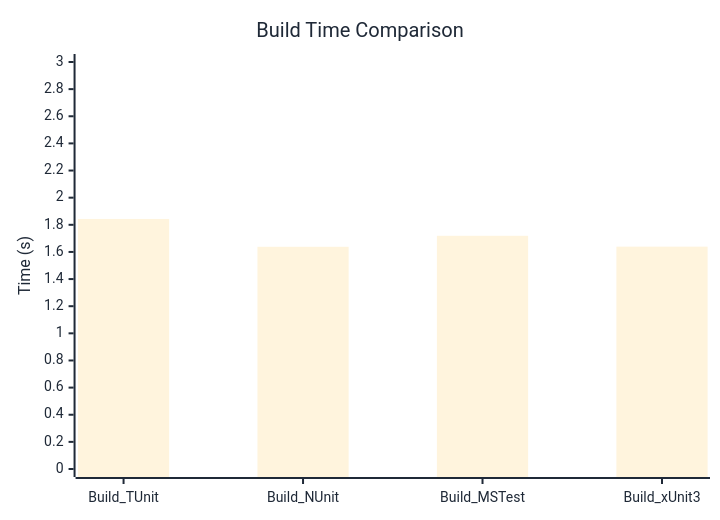
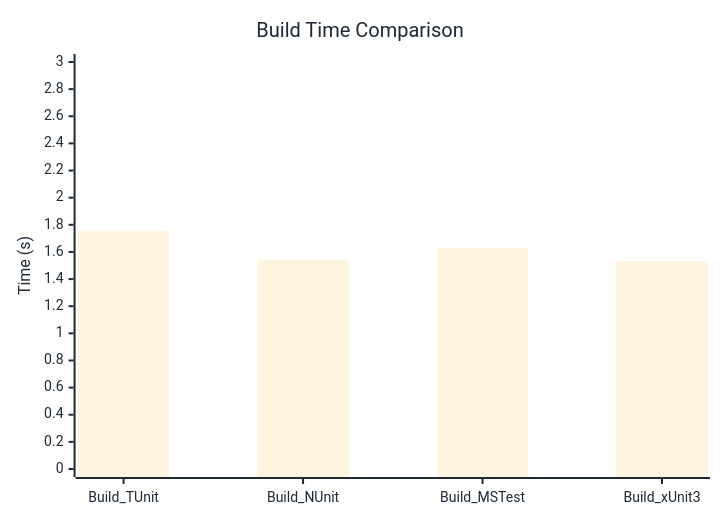
Before and after one commit to thomhurst/TUnit: the diagram in docs/docs/benchmarks/BuildTime.md, drawn with Mermaid. The commit also changed other lines of this file and 17 other files, not shown here.

````diff
--- a/docs/docs/benchmarks/BuildTime.md
+++ b/docs/docs/benchmarks/BuildTime.md
@@ -28,37 +28,37 @@
 ```mermaid
 %%{init: {
   'theme':'base',
   'themeVariables': {
     'primaryColor': '#2563eb',
     'primaryTextColor': '#1f2937',
     'primaryBorderColor': '#1e40af',
     'lineColor': '#6b7280',
     'secondaryColor': '#7c3aed',
     'tertiaryColor': '#dc2626',
     'background': '#ffffff',
     'mainBkg': '#2563eb',
     'secondBkg': '#7c3aed',
     'tertiaryBkg': '#dc2626',
     'clusterBkg': '#f3f4f6',
     'edgeLabelBackground': '#ffffff',
     'tertiaryTextColor': '#1f2937',
     'pie1': '#2563eb',
     'pie2': '#7c3aed',
     'pie3': '#dc2626',
     'pie4': '#f59e0b',
     'pie5': '#10b981',
     'pie6': '#06b6d4',
     'pie7': '#ec4899',
     'pie8': '#6366f1',
     'pie9': '#84cc16',
     'pie10': '#f97316',
     'pie11': '#14b8a6',
     'pie12': '#a855f7'
   }
 }}%%
 xychart-beta
   title "Build Time Comparison"
   x-axis ["Build_TUnit", "Build_NUnit", "Build_MSTest", "Build_xUnit3"]
   y-axis "Time (s)" 0 --> 3
-  bar [1.843, 1.638, 1.719, 1.639]
+  bar [1.755, 1.542, 1.632, 1.533]
 ```
````
